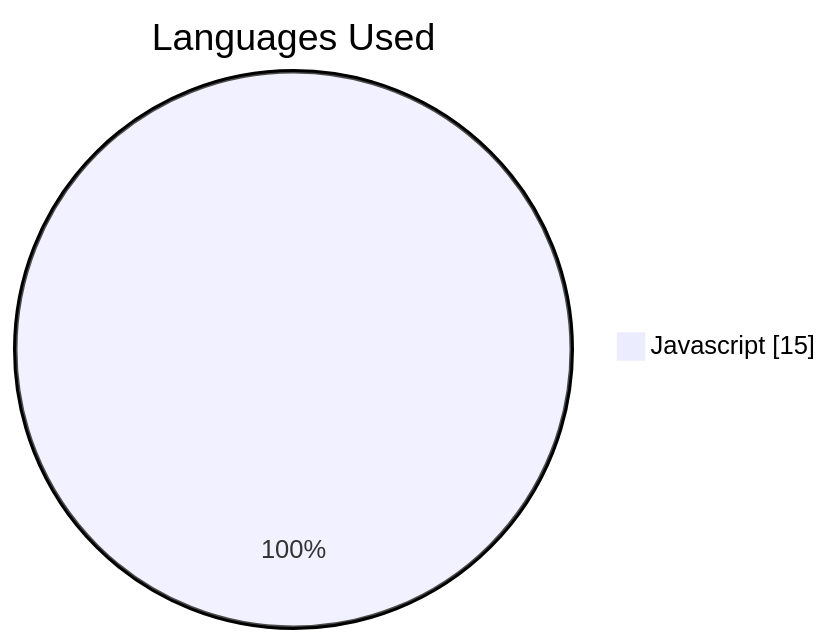
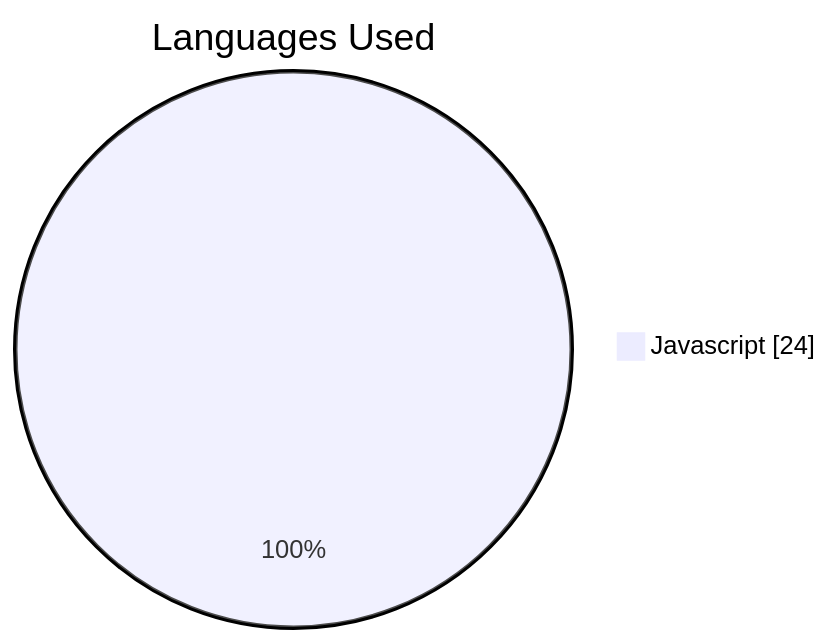
One commit to JakubPawinski/gitcode-solutions changed the second of 6 diagrams in README.md. Above: the diagram before and after it, drawn with Mermaid. The commit also changed other lines of this file, not shown here.

````diff
--- a/README.md
+++ b/README.md
@@ -125,5 +126,5 @@
 ```mermaid
 pie showData
     title Languages Used
-    "Javascript" : 15
+    "Javascript" : 24
 ```
````
